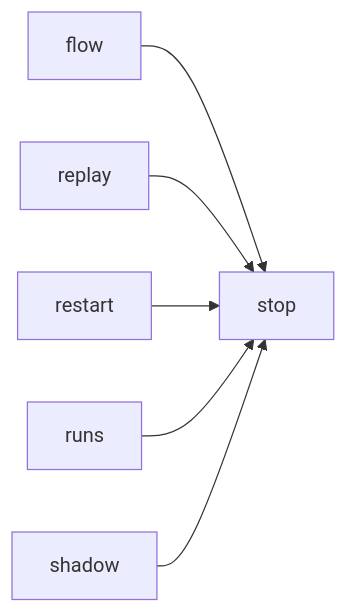
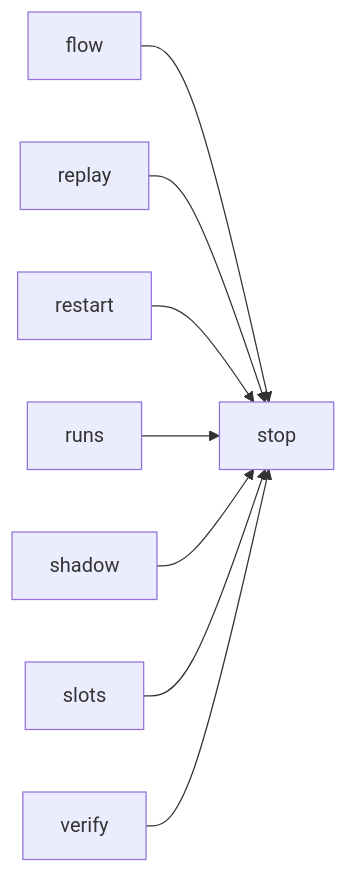
One commit to plaplanche/ariane changed the second of 2 diagrams in docs/architecture/modules/stop.md. Above: the diagram before and after it, drawn with Mermaid. The commit also changed 19 other files, not shown here.

````diff
--- a/docs/architecture/modules/stop.md
+++ b/docs/architecture/modules/stop.md
@@ -39,8 +39,10 @@
 ```mermaid
 flowchart LR
   flow --> stop
   replay --> stop
   restart --> stop
   runs --> stop
   shadow --> stop
+  slots --> stop
+  verify --> stop
 ```
````
